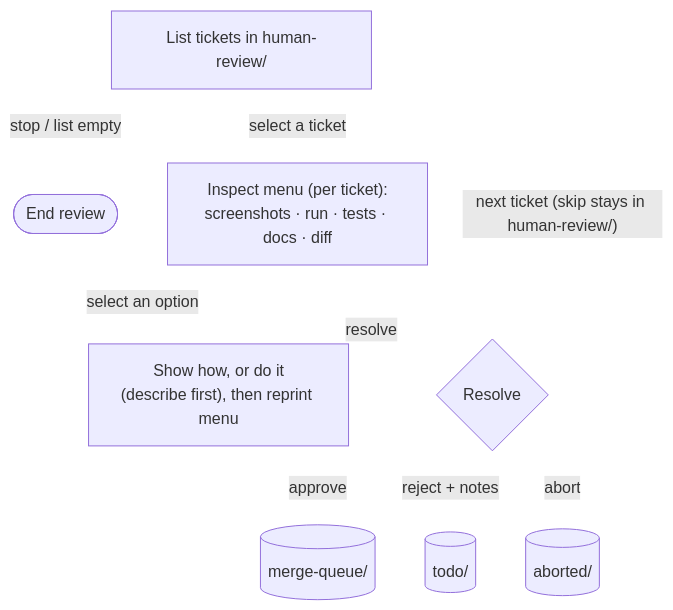
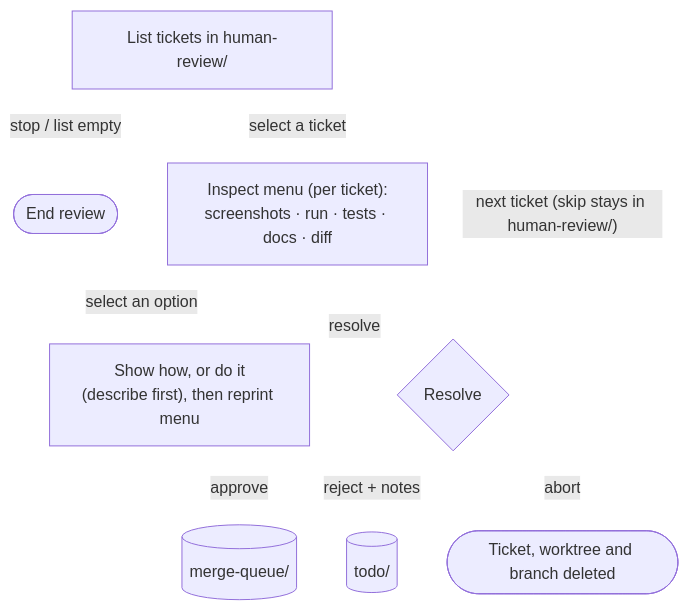
The second of 2 diagrams in handbook.md (ashleydavis/playbook), drawn with Mermaid before and after one commit. The commit also changed other lines of this file and 3 other files, not shown here.

````diff
--- a/handbook.md
+++ b/handbook.md
@@ -384,15 +384,15 @@
 ```mermaid
 %%{init: {'themeVariables': {'lineColor': '#ffffff'}, 'themeCSS': '.edgeLabel p { padding: 4px 8px; }'}}%%
 flowchart TD
     LIST["List tickets in human-review/"]
     LIST -->|"stop / list empty"| END(["End review"])
     LIST -->|"select a ticket"| MENU["Inspect menu (per ticket):<br/>screenshots · run · tests · docs · diff"]
     MENU -->|"select an option"| DO["Show how, or do it<br/>(describe first), then reprint menu"]
     DO --> MENU
     MENU -->|"resolve"| RESOLVE{"Resolve"}
     RESOLVE -->|"approve"| MQ[("merge-queue/")]
     RESOLVE -->|"reject + notes"| TODO[("todo/")]
-    RESOLVE -->|"abort"| ABORT[("aborted/")]
+    RESOLVE -->|"abort"| ABORT(["Ticket, worktree and branch deleted"])
     RESOLVE -->|"next ticket (skip stays in human-review/)"| LIST
     linkStyle default stroke:#ffffff,stroke-width:2px
 ```
````
